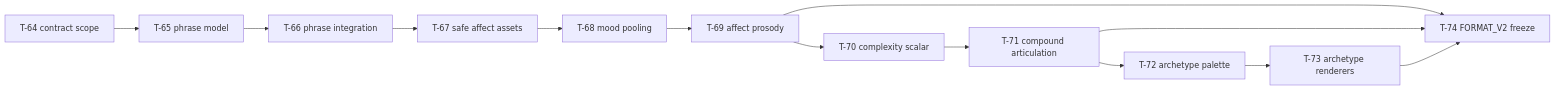
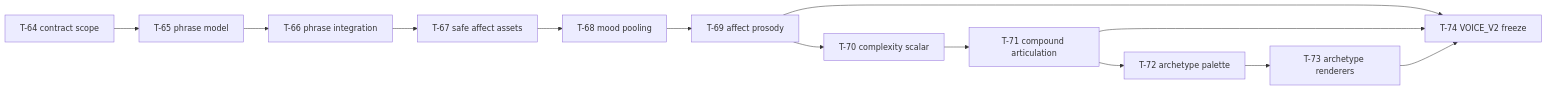
One commit to skeswa/dootdoot changed the second of 3 diagrams in docs/plan.md. Above: the diagram before and after it, drawn with Mermaid. The commit also changed other lines of this file and 49 other files, not shown here.

````diff
--- a/docs/plan.md
+++ b/docs/plan.md
@@ -422,10 +434,10 @@
 ```mermaid
 flowchart LR
     T64[T-64 contract scope] --> T65[T-65 phrase model] --> T66[T-66 phrase integration]
     T66 --> T67[T-67 safe affect assets] --> T68[T-68 mood pooling] --> T69[T-69 affect prosody]
     T69 --> T70[T-70 complexity scalar] --> T71[T-71 compound articulation]
     T71 --> T72[T-72 archetype palette] --> T73[T-73 archetype renderers]
-    T69 --> T74[T-74 FORMAT_V2 freeze]
+    T69 --> T74[T-74 VOICE_V2 freeze]
     T71 --> T74
     T73 --> T74
 ```
````
